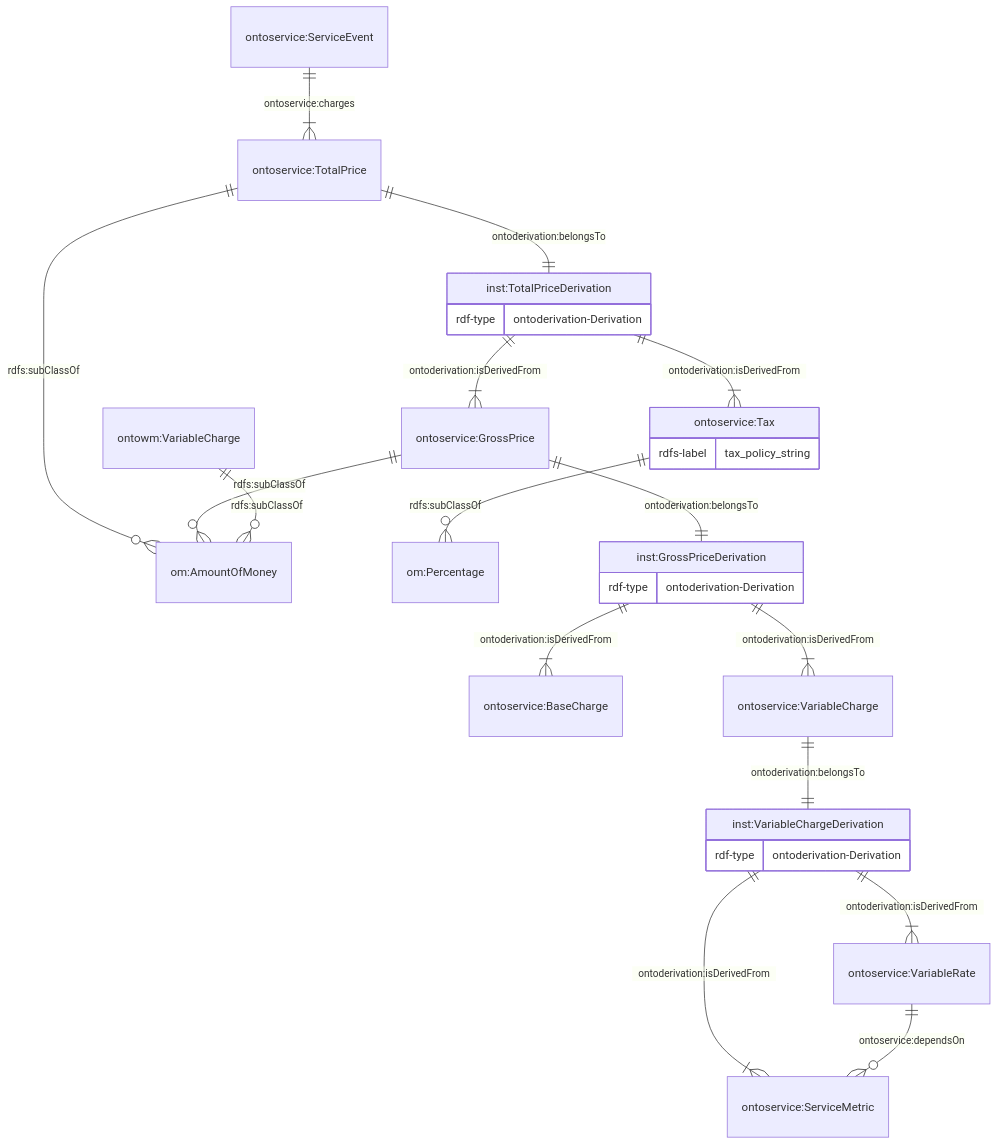
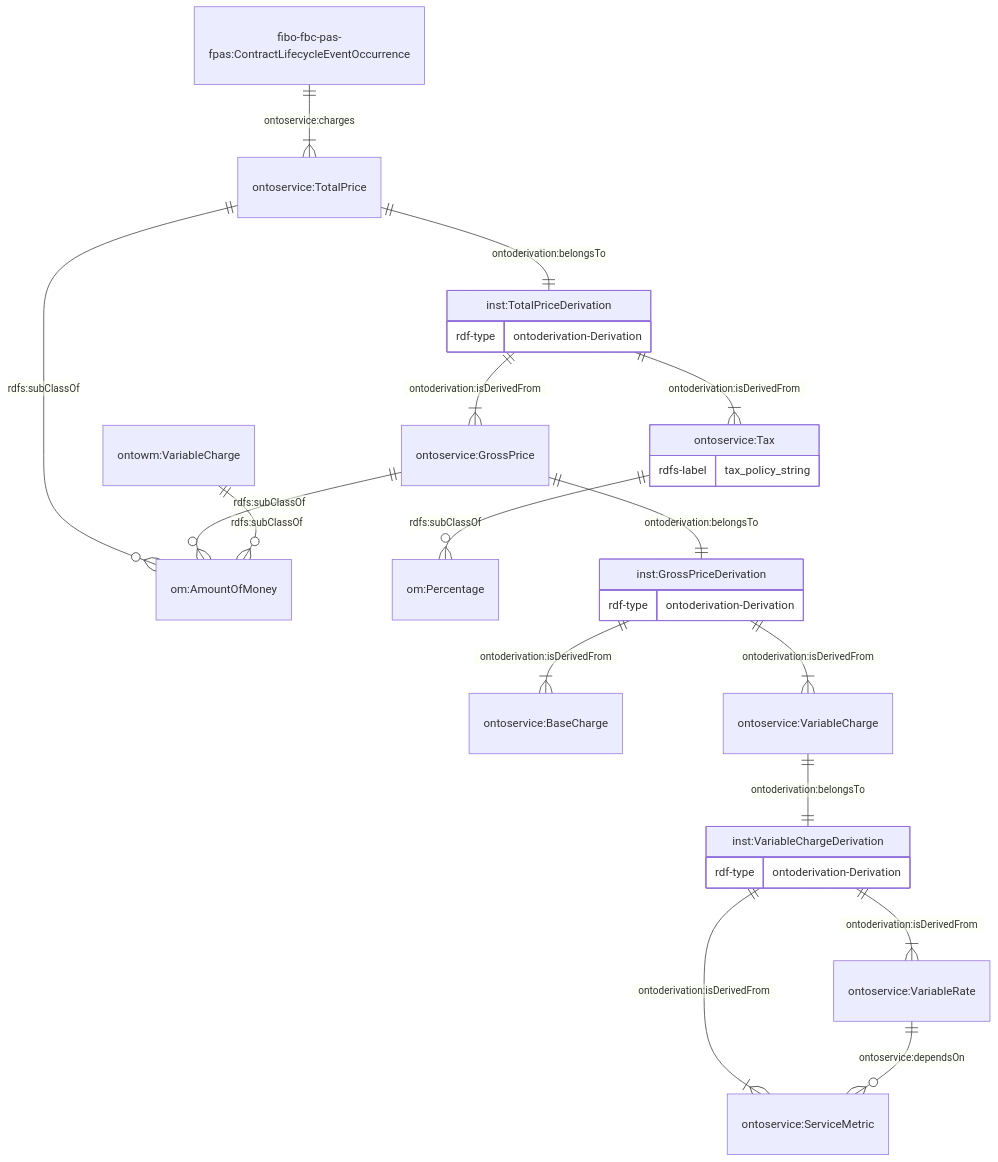
The eighth of 8 diagrams in JPS_Ontology/ontology/ontoservice/README.md (cambridge-cares/TheWorldAvatar), drawn with Mermaid before and after one commit.

Commit message:
dev-ontoservice-lifecycle: Update service event to occurrence in README for financial reporting

````diff
--- a/JPS_Ontology/ontology/ontoservice/README.md
+++ b/JPS_Ontology/ontology/ontoservice/README.md
@@ -316,35 +316,35 @@
 ```mermaid
     erDiagram
-    "ontoservice:ServiceEvent" ||--|{ "ontoservice:TotalPrice" : "ontoservice:charges"
+    "fibo-fbc-pas-fpas:ContractLifecycleEventOccurrence" ||--|{ "ontoservice:TotalPrice" : "ontoservice:charges"
     "ontoservice:TotalPrice" ||--|| "inst:TotalPriceDerivation" : "ontoderivation:belongsTo"
     "inst:TotalPriceDerivation" ||--|{ "ontoservice:GrossPrice" : "ontoderivation:isDerivedFrom"
     "inst:TotalPriceDerivation" ||--|{ "ontoservice:Tax" : "ontoderivation:isDerivedFrom"
     "inst:TotalPriceDerivation" {
         rdf-type ontoderivation-Derivation
     }
 
     "ontoservice:TotalPrice" ||--o{ "om:AmountOfMoney" : "rdfs:subClassOf"
     "ontoservice:GrossPrice" ||--o{ "om:AmountOfMoney" : "rdfs:subClassOf"
     "ontoservice:Tax" ||--o{ "om:Percentage" : "rdfs:subClassOf"
     "ontoservice:Tax" {
         rdfs-label tax_policy_string
     }
 
     "ontoservice:GrossPrice" ||--|| "inst:GrossPriceDerivation" : "ontoderivation:belongsTo"
     "inst:GrossPriceDerivation" ||--|{ "ontoservice:BaseCharge" : "ontoderivation:isDerivedFrom"
     "inst:GrossPriceDerivation" ||--|{ "ontoservice:VariableCharge" : "ontoderivation:isDerivedFrom"
     "inst:GrossPriceDerivation" {
         rdf-type ontoderivation-Derivation
     }
 
     "ontowm:VariableCharge" ||--o{ "om:AmountOfMoney" : "rdfs:subClassOf"
 
     "ontoservice:VariableCharge" ||--|| "inst:VariableChargeDerivation" : "ontoderivation:belongsTo"
     "inst:VariableChargeDerivation" ||--|{ "ontoservice:VariableRate" : "ontoderivation:isDerivedFrom"
     "inst:VariableChargeDerivation" ||--|{ "ontoservice:ServiceMetric" : "ontoderivation:isDerivedFrom"
     "ontoservice:VariableRate" ||--o{ "ontoservice:ServiceMetric"  : "ontoservice:dependsOn"
 
     "inst:VariableChargeDerivation" {
         rdf-type ontoderivation-Derivation
     }
 ```
````
